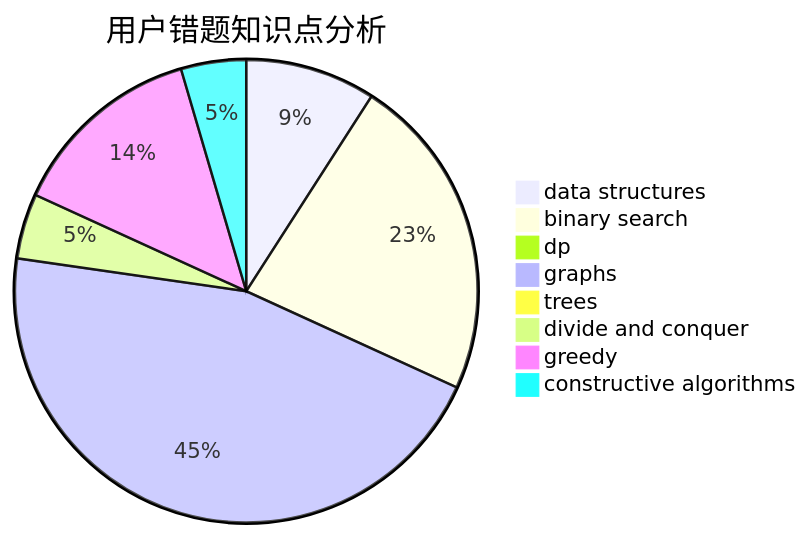
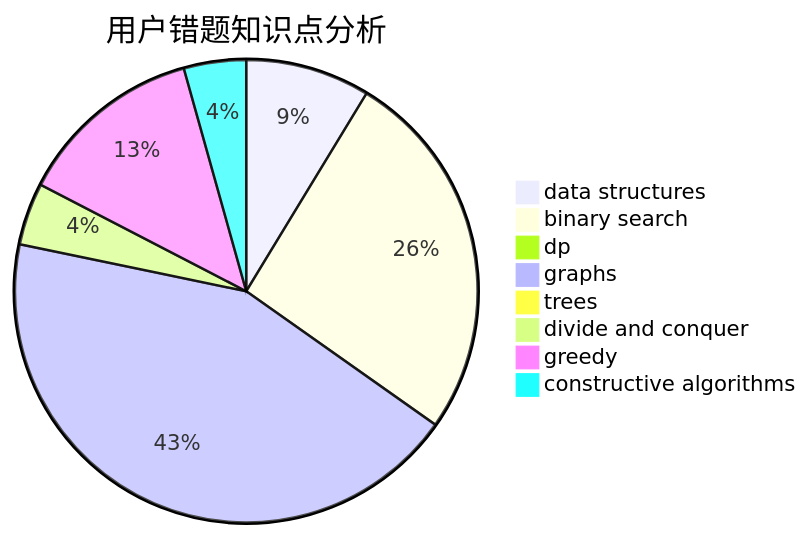
The third of 3 diagrams in docs/user/u1068.md (sherpahu/cfrs.github.io), drawn with Mermaid before and after one commit. The commit also changed other lines of this file and 2770 other files, not shown here.

````diff
--- a/docs/user/u1068.md
+++ b/docs/user/u1068.md
@@ -36,11 +36,11 @@
 ```mermaid
 pie title 用户错题知识点分析
     "data structures" :  2
-    "binary search" :  5
+    "binary search" :  6
     "dp" :  0
     "graphs" :  10
     "trees" :  0
     "divide and conquer" :  1
     "greedy" :  3
     "constructive algorithms" :  1
 ```
````
